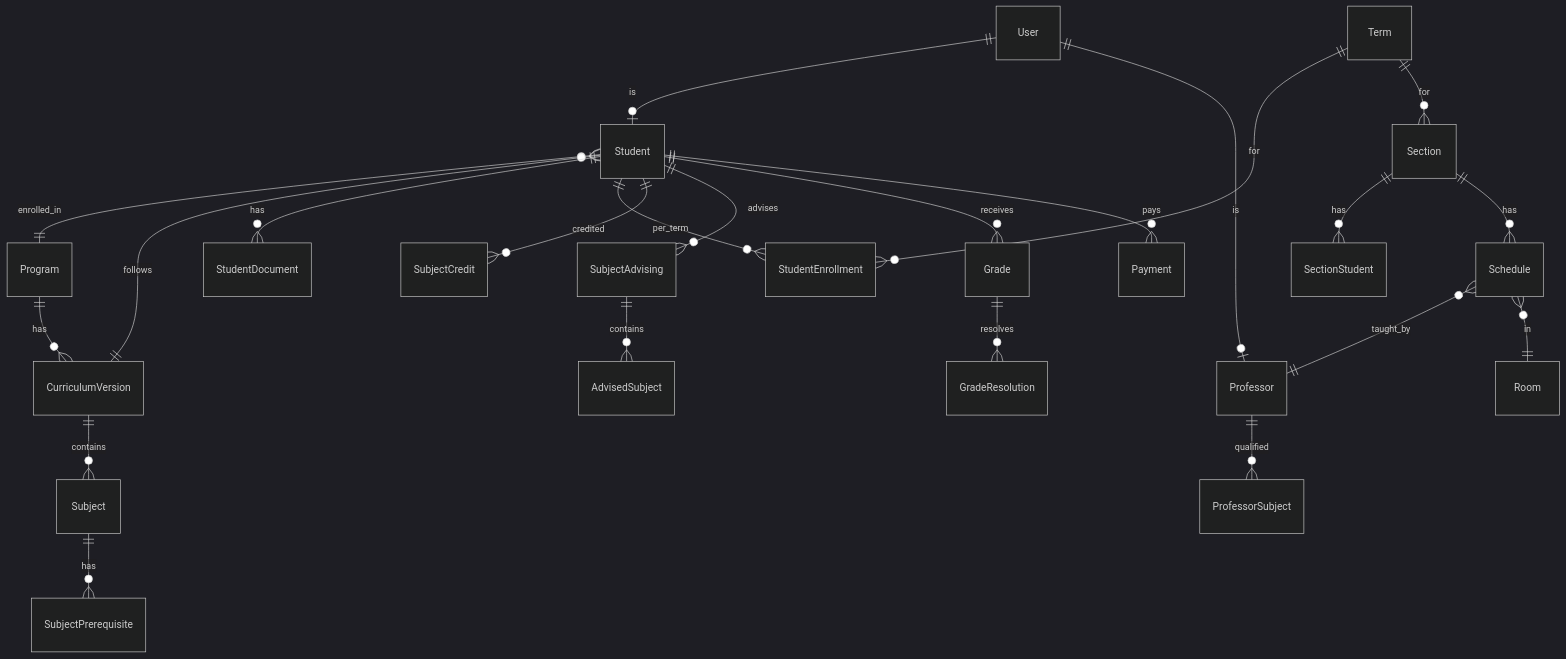
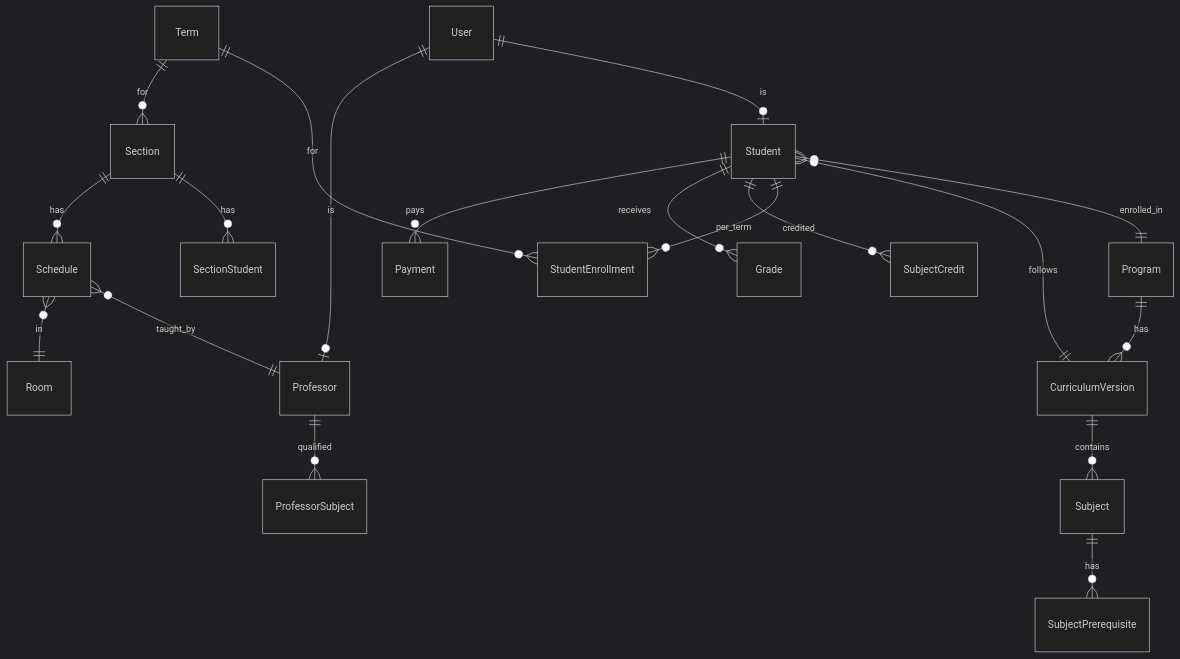
Before and after one commit to property360-2/richwell-potal: the diagram in schema.md, drawn with Mermaid (dark theme). The commit also changed other lines of this file, not shown here.

Commit message:
inayos yung schema

````diff
--- a/schema.md
+++ b/schema.md
@@ -10,25 +11,21 @@
 ```mermaid
 erDiagram
     User ||--o| Student : "is"
     User ||--o| Professor : "is"
     Program ||--o{ CurriculumVersion : "has"
     CurriculumVersion ||--o{ Subject : "contains"
     Subject ||--o{ SubjectPrerequisite : "has"
     Student }o--|| Program : "enrolled_in"
     Student }o--|| CurriculumVersion : "follows"
-    Student ||--o{ StudentDocument : "has"
     Student ||--o{ StudentEnrollment : "per_term"
     Student ||--o{ SubjectCredit : "credited"
-    Student ||--o{ SubjectAdvising : "advises"
-    SubjectAdvising ||--o{ AdvisedSubject : "contains"
     Term ||--o{ StudentEnrollment : "for"
     Term ||--o{ Section : "for"
     Section ||--o{ SectionStudent : "has"
     Section ||--o{ Schedule : "has"
     Professor ||--o{ ProfessorSubject : "qualified"
     Schedule }o--|| Professor : "taught_by"
     Schedule }o--|| Room : "in"
     Student ||--o{ Grade : "receives"
-    Grade ||--o{ GradeResolution : "resolves"
     Student ||--o{ Payment : "pays"
 ```
````
